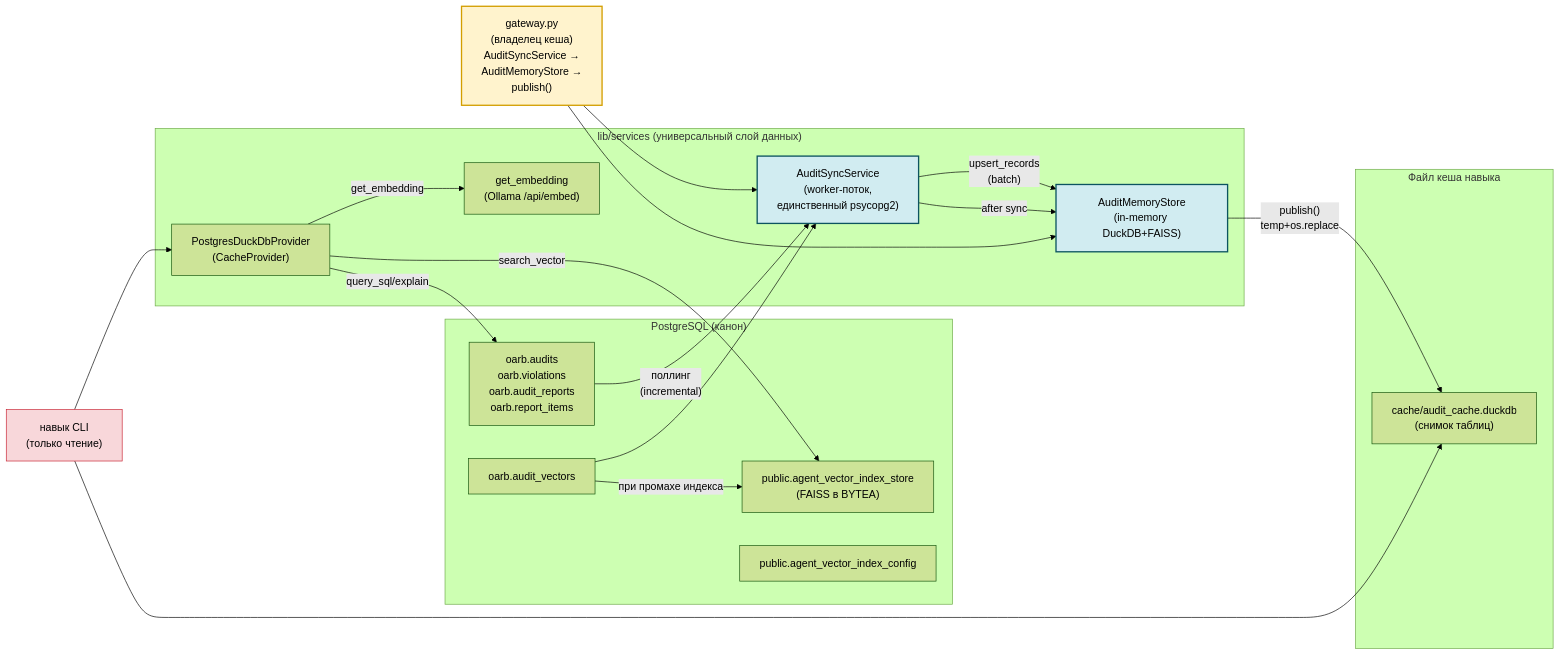
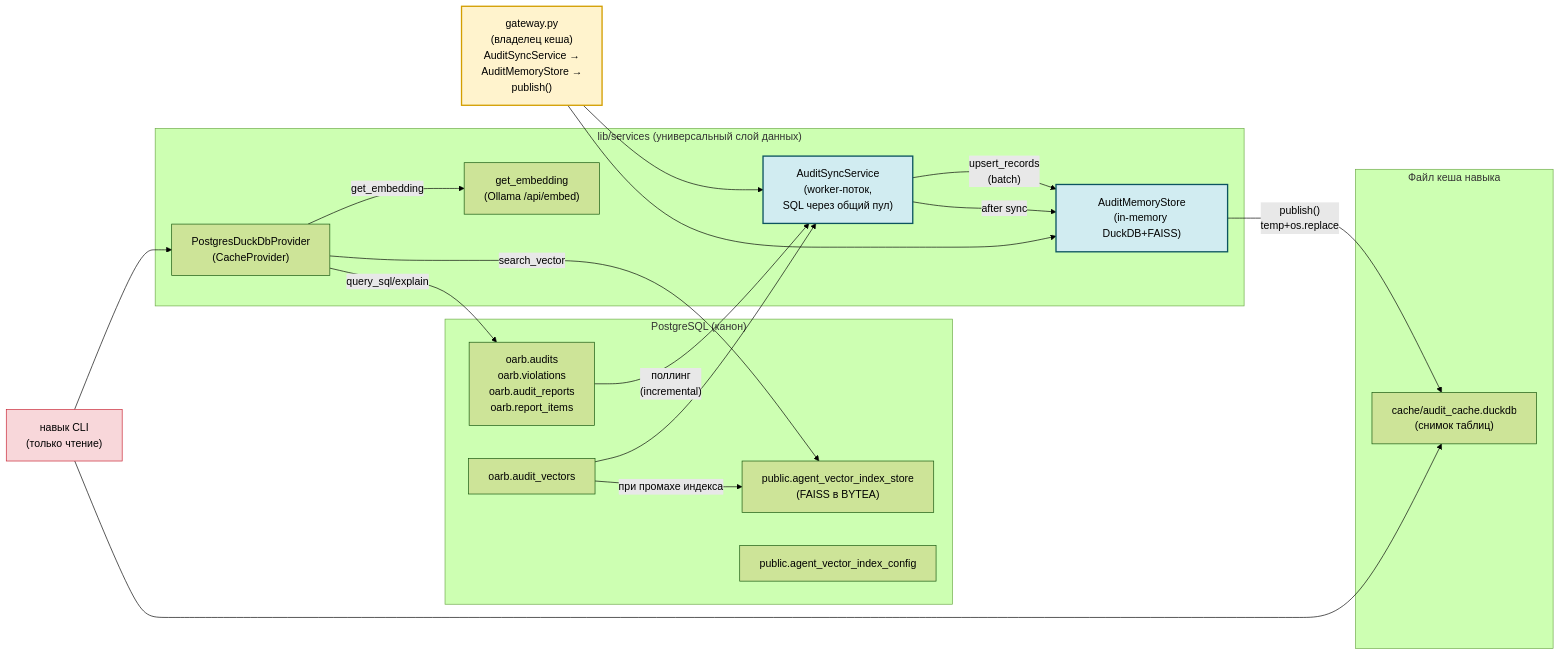
The first of 2 diagrams in DEVELOPMENT.md (AlexEgorov85/workspaces_nanobot), drawn with Mermaid (forest theme) before and after one commit. The commit also changed other lines of this file and 2 other files, not shown here.

First line of the commit message:
docs(db): единый пул соединений PostgreSQL

````diff
--- a/DEVELOPMENT.md
+++ b/DEVELOPMENT.md
@@ -40,45 +40,45 @@
 ```mermaid
 flowchart LR
     subgraph PG["PostgreSQL (канон)"]
         AUDITS["oarb.audits<br/>oarb.violations<br/>oarb.audit_reports<br/>oarb.report_items"]
         VECTORS["oarb.audit_vectors"]
         STORE["public.agent_vector_index_store<br/>(FAISS в BYTEA)"]
         CONFIG["public.agent_vector_index_config"]
     end
 
     subgraph SERVICES["lib/services (универсальный слой данных)"]
-        SYNC["AuditSyncService<br/>(worker-поток,<br/>единственный psycopg2)"]
+        SYNC["AuditSyncService<br/>(worker-поток,<br/>SQL через общий пул)"]
         STORE_SVC["AuditMemoryStore<br/>(in-memory DuckDB+FAISS)"]
         PROV["PostgresDuckDbProvider<br/>(CacheProvider)"]
         EMBED["get_embedding<br/>(Ollama /api/embed)"]
     end
 
     subgraph ARTIFACT["Файл кеша навыка"]
         DUCK["cache/audit_cache.duckdb<br/>(снимок таблиц)"]
     end
 
     AUDITS -->|"поллинг<br/>(incremental)"| SYNC
     VECTORS --> SYNC
     SYNC -->|"upsert_records<br/>(batch)"| STORE_SVC
     SYNC -->|"after sync"| STORE_SVC
     STORE_SVC -->|"publish()<br/>temp+os.replace"| DUCK
     VECTORS -->|"при промахе индекса"| STORE
     PROV -->|"query_sql/explain"| AUDITS
     PROV -->|"search_vector"| STORE
     PROV -->|"get_embedding"| EMBED
 
     GATEWAY["gateway.py<br/>(владелец кеша)<br/>AuditSyncService →<br/>AuditMemoryStore →<br/>publish()"]
     CLI["навык CLI<br/>(только чтение)"]
 
     GATEWAY --> SYNC
     GATEWAY --> STORE_SVC
     CLI --> DUCK
     CLI --> PROV
 
     classDef service fill:#d1ecf1,stroke:#0c5460,stroke-width:2px
     classDef owner fill:#fff3cd,stroke:#d39e00,stroke-width:2px
     classDef consumer fill:#f8d7da,stroke:#c82333
     class SYNC,STORE_SVC service
     class GATEWAY owner
     class CLI consumer
 ```
````
